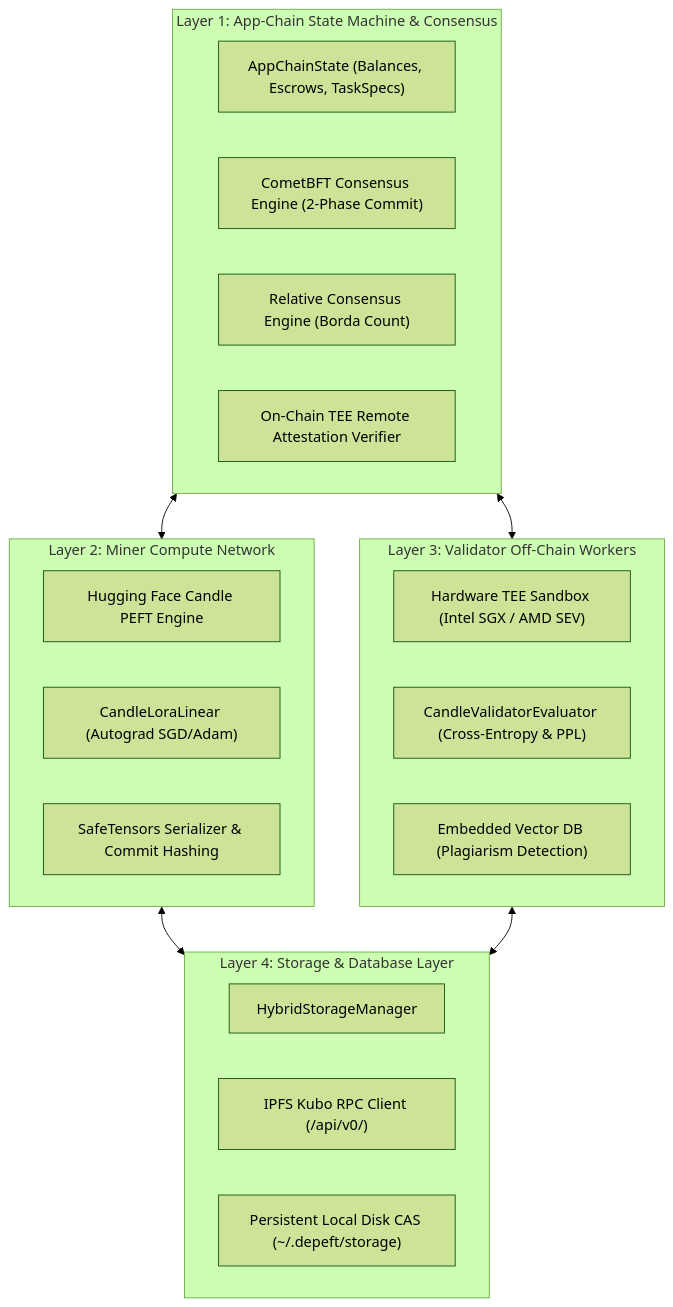
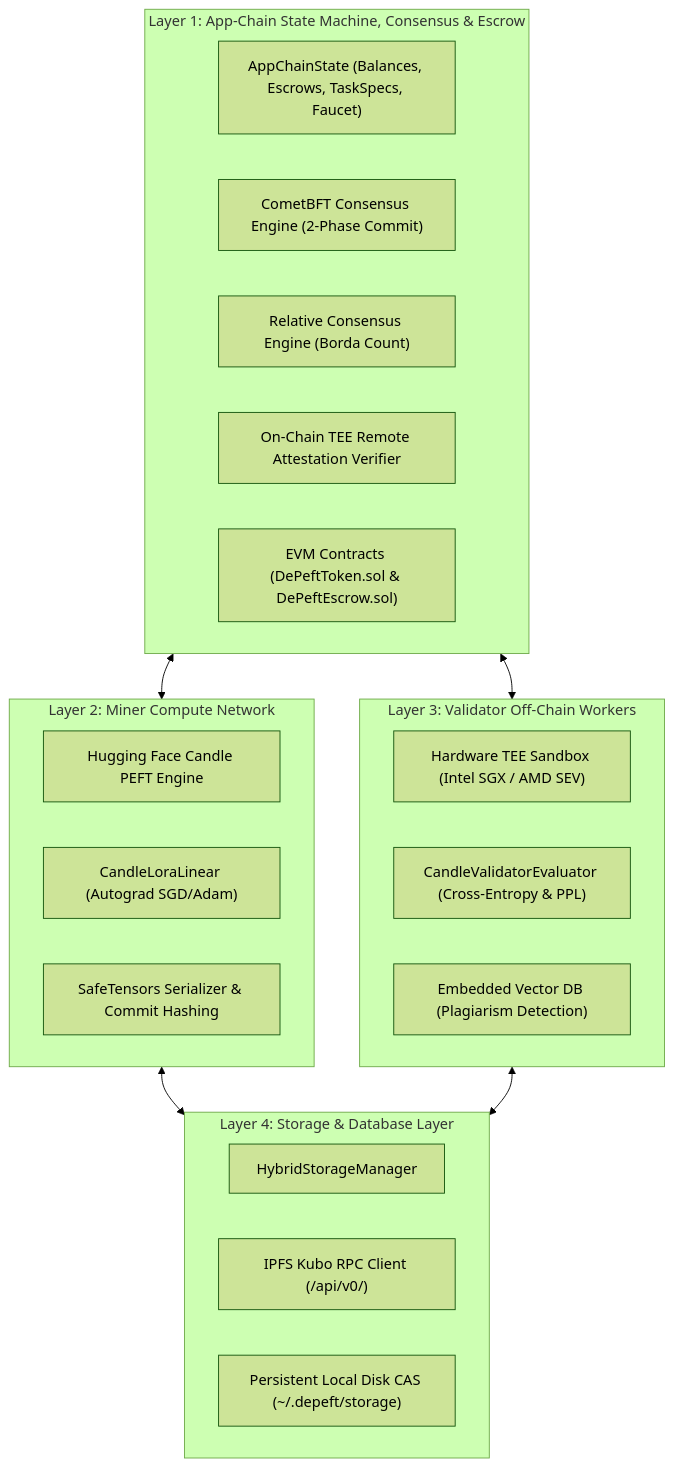
Before and after one commit to KhoaIsReal/DePEFT: the diagram in ARCHITECTURE.md, drawn with Mermaid (forest theme). The commit also changed other lines of this file and 2 other files, not shown here.

Commit message:
update .md files

````diff
--- a/ARCHITECTURE.md
+++ b/ARCHITECTURE.md
@@ -9,32 +9,33 @@
 ```mermaid
 graph TD
-    subgraph Layer1["Layer 1: App-Chain State Machine & Consensus"]
-        ChainState["AppChainState (Balances, Escrows, TaskSpecs)"]
+    subgraph Layer1["Layer 1: App-Chain State Machine, Consensus & Escrow"]
+        ChainState["AppChainState (Balances, Escrows, TaskSpecs, Faucet)"]
         BftEngine["CometBFT Consensus Engine (2-Phase Commit)"]
         BordaEngine["Relative Consensus Engine (Borda Count)"]
         TeeVerifier["On-Chain TEE Remote Attestation Verifier"]
+        SmartContracts["EVM Contracts (DePeftToken.sol & DePeftEscrow.sol)"]
     end
 
     subgraph Layer2["Layer 2: Miner Compute Network"]
         CandleEngine["Hugging Face Candle PEFT Engine"]
         LoraAutograd["CandleLoraLinear (Autograd SGD/Adam)"]
         SafeTensorsExport["SafeTensors Serializer & Commit Hashing"]
     end
 
     subgraph Layer3["Layer 3: Validator Off-Chain Workers"]
         TeeEnclave["Hardware TEE Sandbox (Intel SGX / AMD SEV)"]
         Evaluator["CandleValidatorEvaluator (Cross-Entropy & PPL)"]
         VectorDB["Embedded Vector DB (Plagiarism Detection)"]
     end
 
     subgraph Layer4["Layer 4: Storage & Database Layer"]
         HybridStorage["HybridStorageManager"]
         IpfsKubo["IPFS Kubo RPC Client (/api/v0/)"]
         DiskCas["Persistent Local Disk CAS (~/.depeft/storage)"]
     end
 
     Layer1 <--> Layer2
     Layer1 <--> Layer3
     Layer2 <--> Layer4
     Layer3 <--> Layer4
 ```
````
